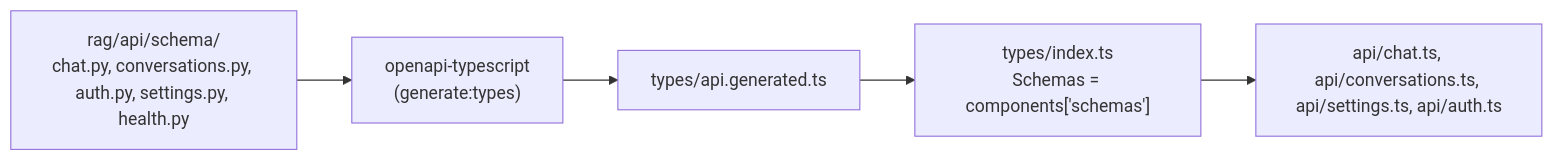
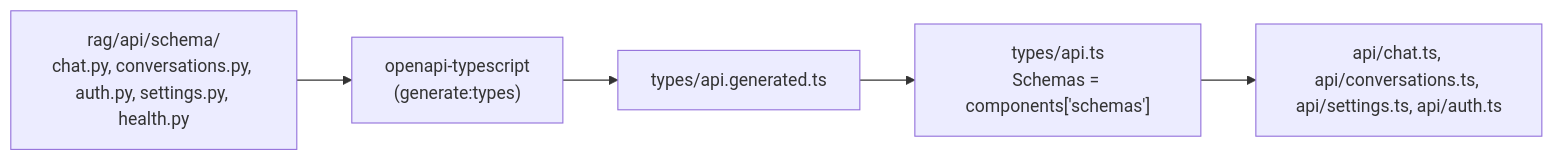
Before and after one commit to hadifar/rag: the fifth of 5 diagrams in docs/architecture.md, drawn with Mermaid. The commit also changed other lines of this file and 36 other files, not shown here.

````diff
--- a/docs/architecture.md
+++ b/docs/architecture.md
@@ -156,10 +156,10 @@
 ```mermaid
 graph LR
     schema["rag/api/schema/<br/>chat.py, conversations.py, auth.py, settings.py, health.py"]
     genscript["openapi-typescript<br/>(generate:types)"]
     generated[types/api.generated.ts]
-    idx["types/index.ts<br/>Schemas = components['schemas']"]
+    idx["types/api.ts<br/>Schemas = components['schemas']"]
     apiclient[api/chat.ts, api/conversations.ts, api/settings.ts, api/auth.ts]
 
     schema --> genscript --> generated --> idx --> apiclient
 ```
````
